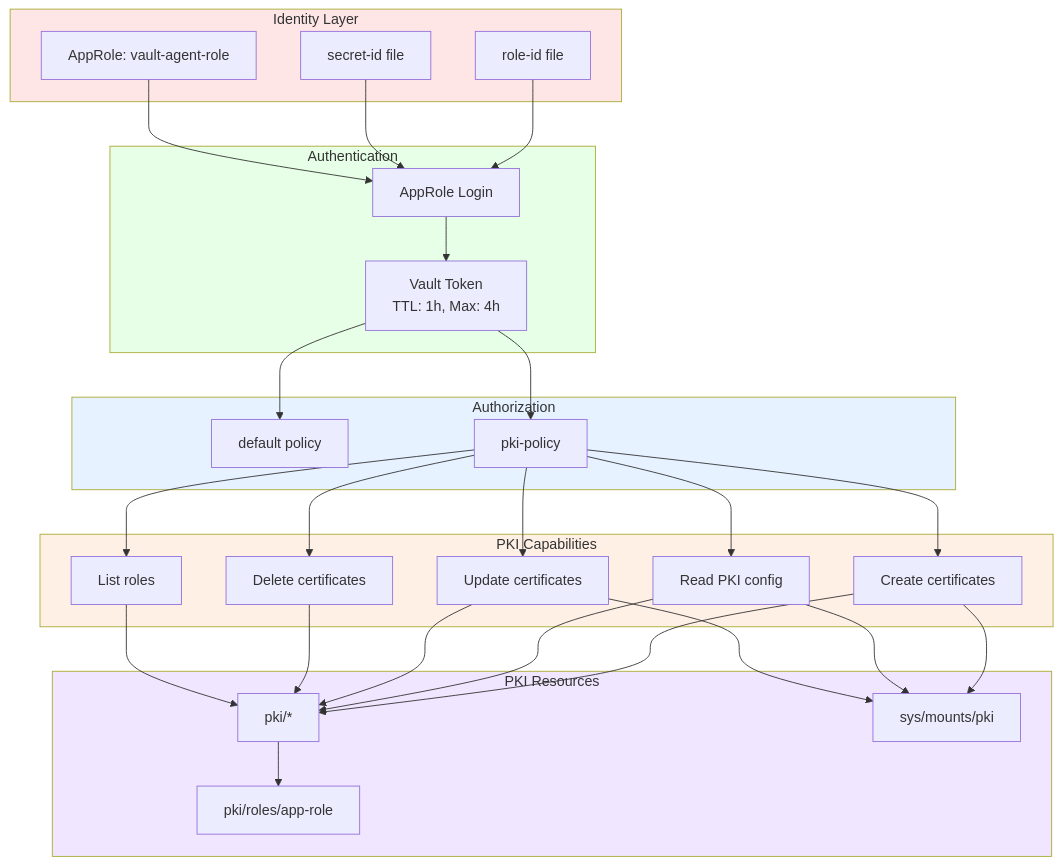
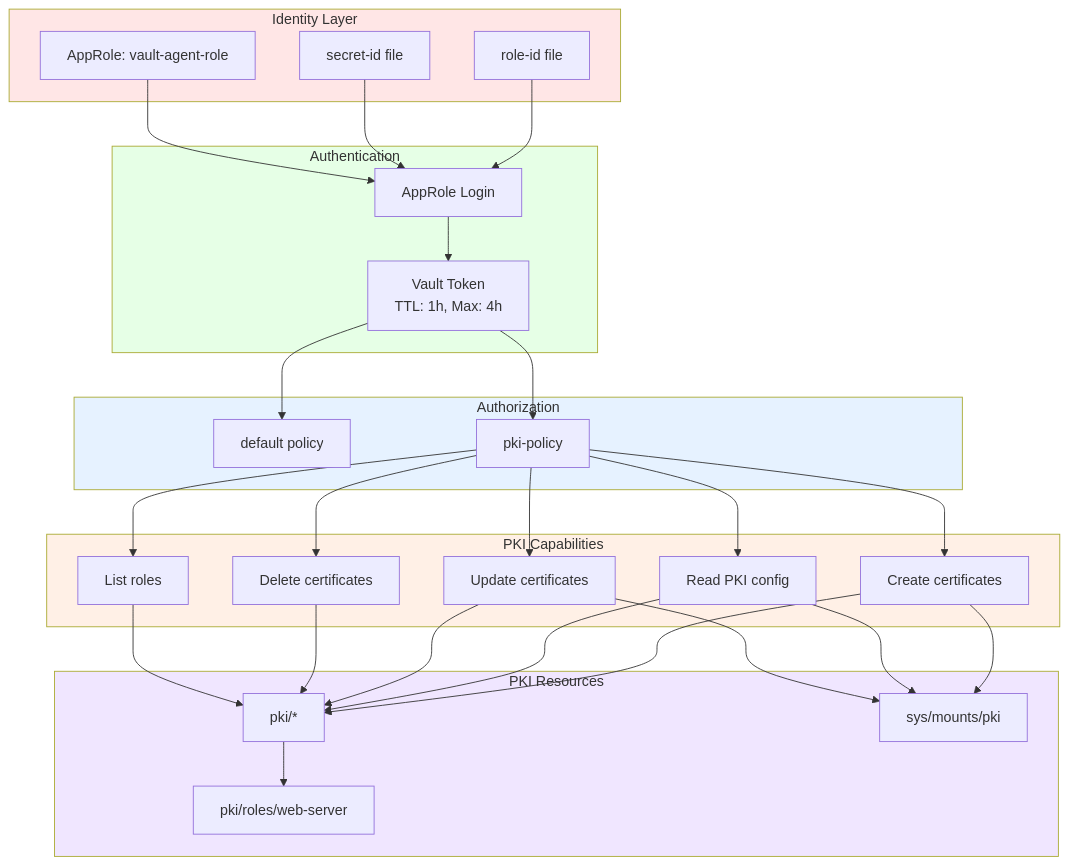
Before and after one commit to songlining/pki: the eighth of 12 diagrams in agent-demo-diagrams.md, drawn with Mermaid. The commit also changed other lines of this file and 20 other files, not shown here.

First line of the commit message:
Add deck-api presenterm deck; rename PKI role app-role to web-server

````diff
--- a/agent-demo-diagrams.md
+++ b/agent-demo-diagrams.md
@@ -305,65 +305,65 @@
 ```mermaid
 graph TD
     subgraph Identity["Identity Layer"]
         AppRole[AppRole: vault-agent-role]
         RoleID[role-id file]
         SecretID[secret-id file]
     end
     
     subgraph Auth["Authentication"]
         Login[AppRole Login]
         Token[Vault Token<br/>TTL: 1h, Max: 4h]
     end
     
     subgraph Policy["Authorization"]
         DefaultPol[default policy]
         PKIPol[pki-policy]
     end
     
     subgraph Capabilities["PKI Capabilities"]
         Create[Create certificates]
         Read[Read PKI config]
         Update[Update certificates]
         Delete[Delete certificates]
         List[List roles]
     end
     
     subgraph PKI["PKI Resources"]
         PKIPath[pki/*]
         MountPath[sys/mounts/pki]
-        Role[pki/roles/app-role]
+        Role[pki/roles/web-server]
     end
     
     RoleID --> Login
     SecretID --> Login
     AppRole --> Login
     
     Login --> Token
     
     Token --> DefaultPol
     Token --> PKIPol
     
     PKIPol --> Create
     PKIPol --> Read
     PKIPol --> Update
     PKIPol --> Delete
     PKIPol --> List
     
     Create --> PKIPath
     Read --> PKIPath
     Update --> PKIPath
     Delete --> PKIPath
     List --> PKIPath
     
     Create --> MountPath
     Read --> MountPath
     Update --> MountPath
     
     PKIPath --> Role
     
     style Identity fill:#ffe6e6
     style Auth fill:#e6ffe6
     style Policy fill:#e6f2ff
     style Capabilities fill:#fff0e6
     style PKI fill:#f0e6ff
 ```
````
